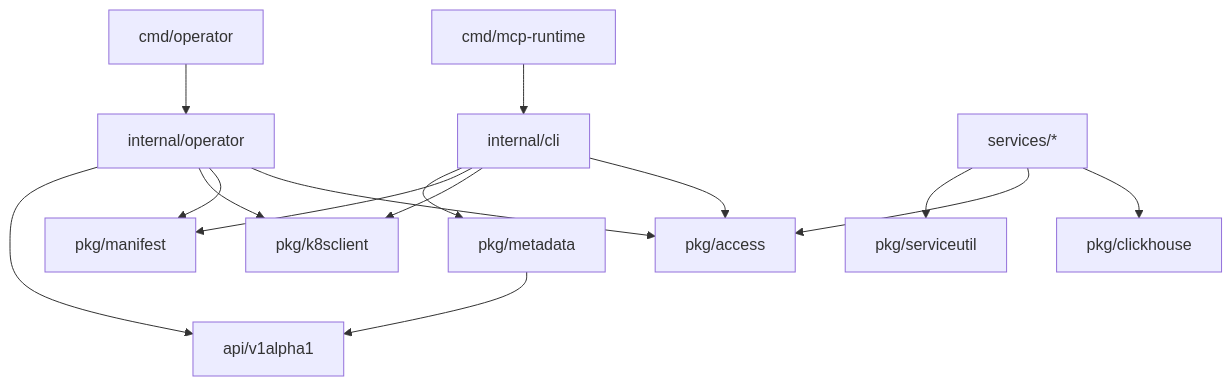
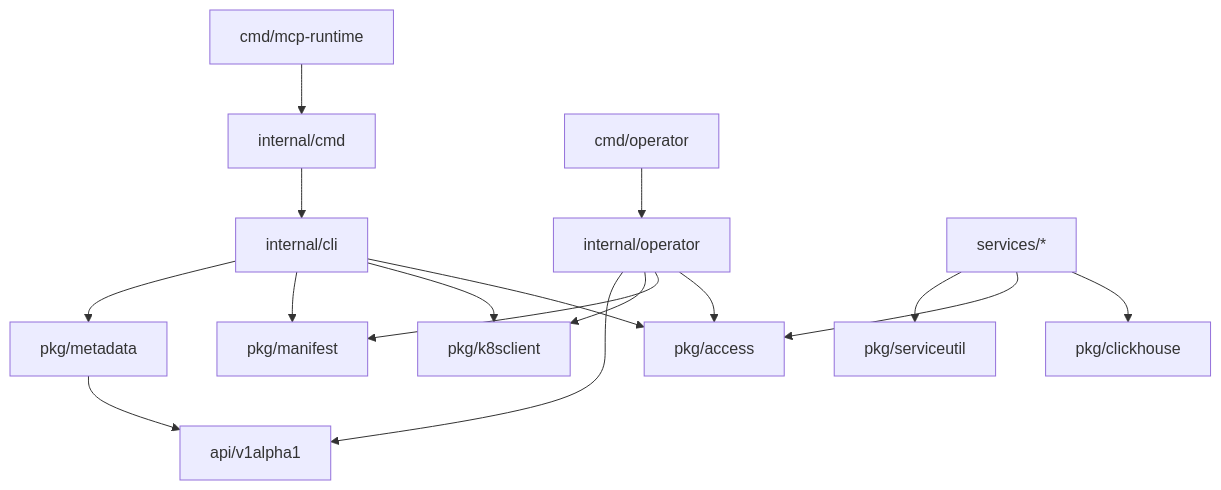
One commit to ankitkatewa/mcp-runtime changed the fourth of 4 diagrams in docs/internals/README.md. Above: the diagram before and after it, drawn with Mermaid. The commit also changed other lines of this file and 20 other files, not shown here.

````diff
--- a/docs/internals/README.md
+++ b/docs/internals/README.md
@@ -102,17 +102,18 @@
 ```mermaid
 flowchart TB
-    Cmd[cmd/mcp-runtime] --> InternalCLI[internal/cli]
+    Cmd[cmd/mcp-runtime] --> InternalCmd[internal/cmd]
+    InternalCmd --> InternalCLI[internal/cli]
     InternalCLI --> Metadata[pkg/metadata]
     InternalCLI --> Manifest[pkg/manifest]
     InternalCLI --> K8sClient[pkg/k8sclient]
     InternalCLI --> Access[pkg/access]
     CmdOp[cmd/operator] --> Operator[internal/operator]
     Operator --> API[api/v1alpha1]
     Operator --> K8sClient
     Operator --> Manifest
     Operator --> Access
     Services[services/*] --> ServiceUtil[pkg/serviceutil]
     Services --> Access
     Services --> ClickHouse[pkg/clickhouse]
     Metadata --> API
 ```
````
